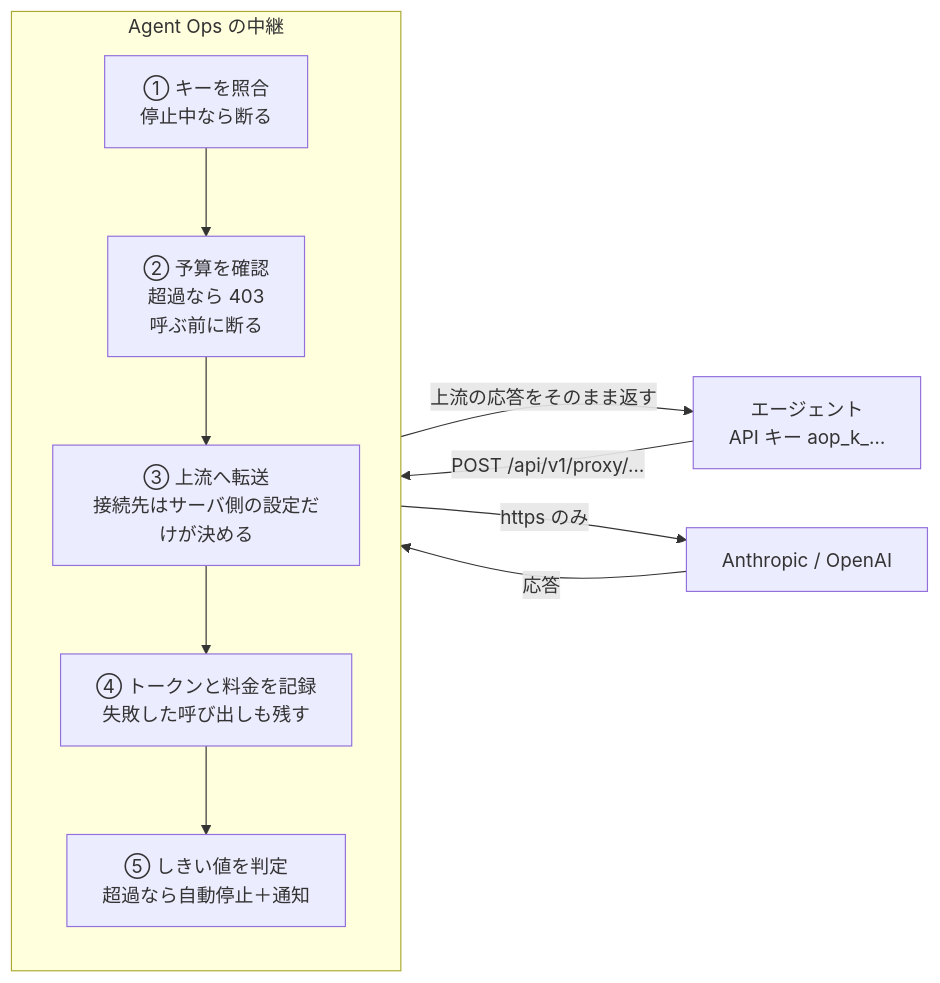
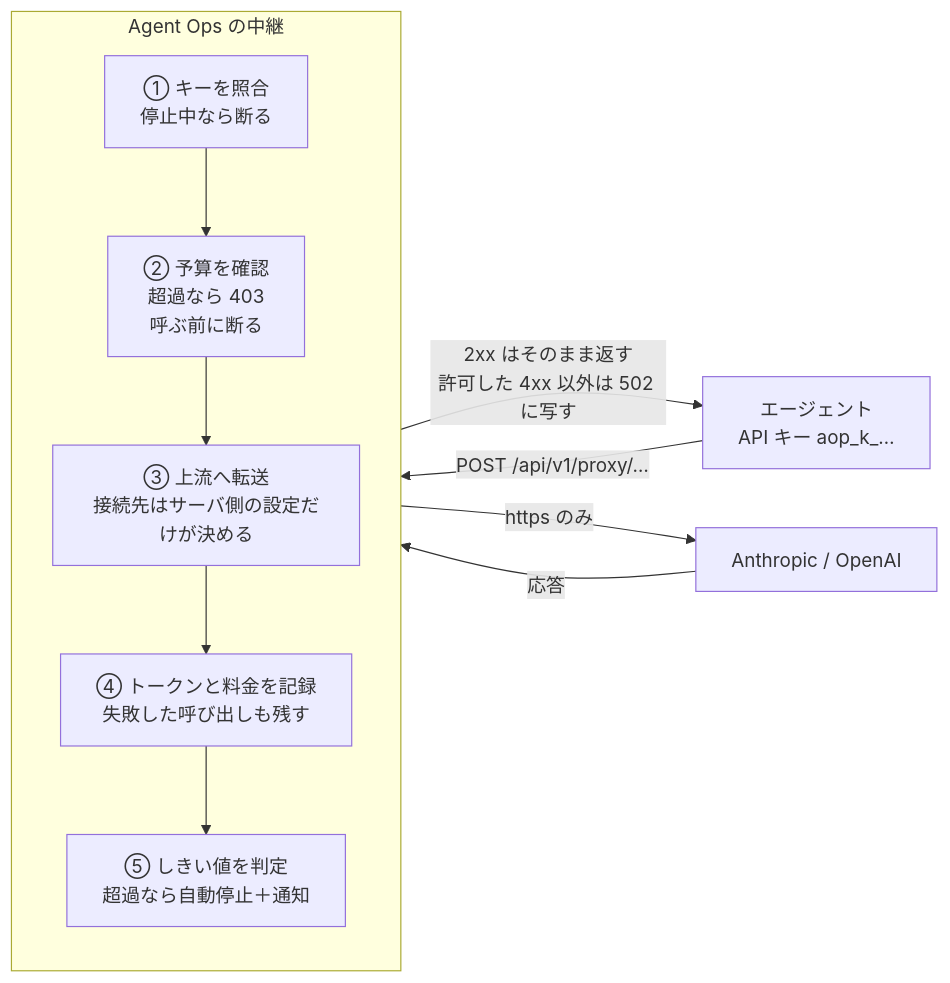
One commit to izumacha/agent-ops changed the first of 4 diagrams in docs/overview.md. Above: the diagram before and after it, drawn with Mermaid. The commit also changed other lines of this file and 1 other file, not shown here.

````diff
--- a/docs/overview.md
+++ b/docs/overview.md
@@ -31,19 +33,19 @@
 ```mermaid
 flowchart LR
   A["エージェント<br/>API キー aop_k_…"]
 
   subgraph P["Agent Ops の中継"]
     direction TB
     P1["① キーを照合<br/>停止中なら断る"] --> P2["② 予算を確認<br/>超過なら 403<br/>呼ぶ前に断る"]
     P2 --> P3["③ 上流へ転送<br/>接続先はサーバ側の設定だけが決める"]
     P3 --> P4["④ トークンと料金を記録<br/>失敗した呼び出しも残す"]
     P4 --> P5["⑤ しきい値を判定<br/>超過なら自動停止＋通知"]
   end
 
   U["Anthropic / OpenAI"]
 
   A -->|"POST /api/v1/proxy/…"| P1
-  P5 -->|"上流の応答をそのまま返す"| A
+  P5 -->|"2xx はそのまま返す<br/>許可した 4xx 以外は 502 に写す"| A
   P3 -->|"https のみ"| U
   U -->|"応答"| P3
 ```
````
